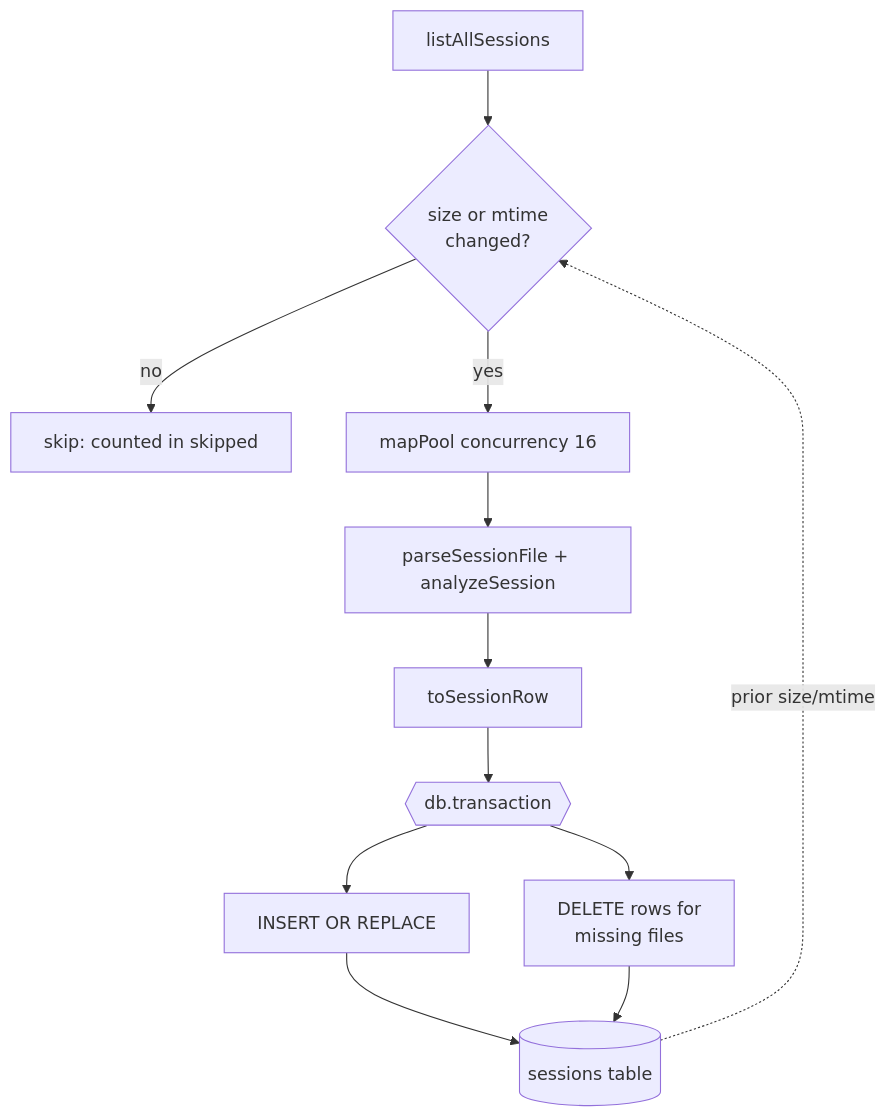
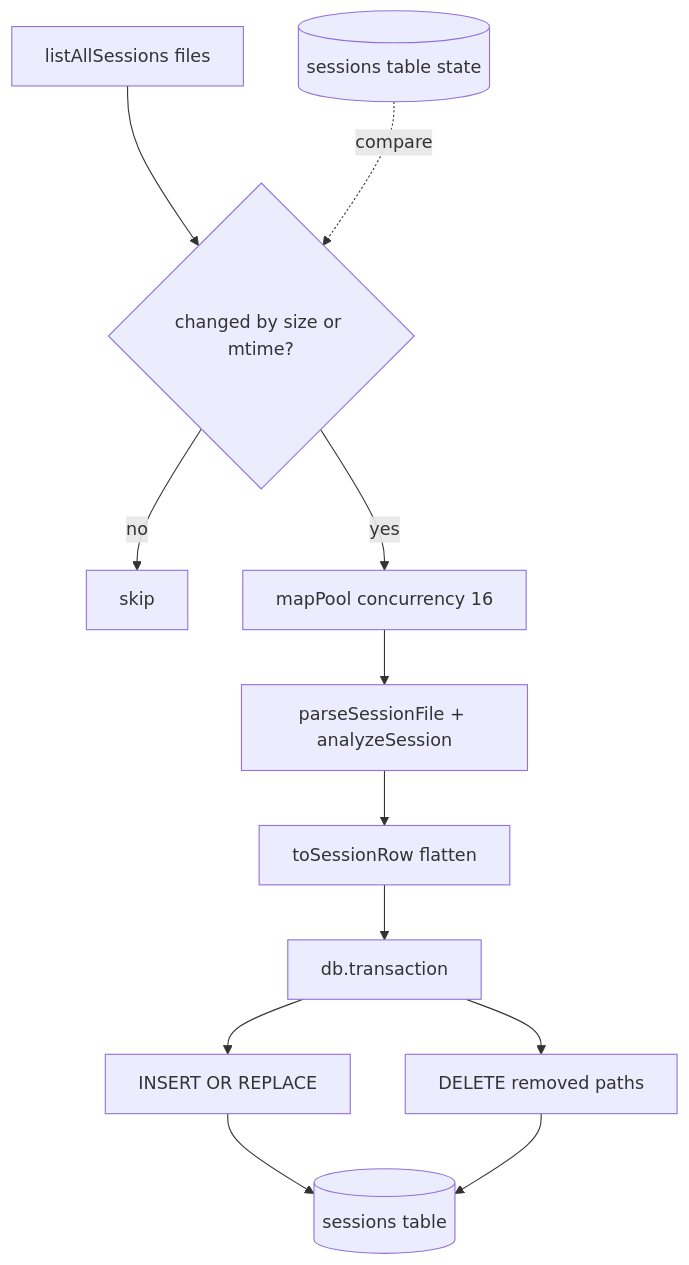
The diagram in wiki/2.3-index-and-analytics.md (yorch/cc-analyzer), drawn with Mermaid before and after one commit. The commit also changed other lines of this file and 16 other files, not shown here.

````diff
--- a/wiki/2.3-index-and-analytics.md
+++ b/wiki/2.3-index-and-analytics.md
@@ -56,14 +56,14 @@
 ```mermaid
 flowchart TD
-    List[listAllSessions] --> Filter{size or mtime<br/>changed?}
-    Existing[(sessions table)] -.prior size/mtime.-> Filter
-    Filter -->|no| Skip[skip: counted in skipped]
-    Filter -->|yes| Pool[mapPool concurrency 16]
+    Files[listAllSessions files] --> Diff{changed by size or mtime?}
+    Existing[(sessions table state)] -.compare.-> Diff
+    Diff -->|no| Skip[skip]
+    Diff -->|yes| Pool[mapPool concurrency 16]
     Pool --> Parse[parseSessionFile + analyzeSession]
-    Parse --> Row[toSessionRow]
-    Row --> Txn{{db.transaction}}
-    Txn --> Upsert[INSERT OR REPLACE]
-    Txn --> Prune[DELETE rows for<br/>missing files]
-    Upsert --> Existing
-    Prune --> Existing
+    Parse --> Row[toSessionRow flatten]
+    Row --> Tx[db.transaction]
+    Tx --> Upsert[INSERT OR REPLACE]
+    Tx --> Prune[DELETE removed paths]
+    Upsert --> Sessions[(sessions table)]
+    Prune --> Sessions
 ```
````
